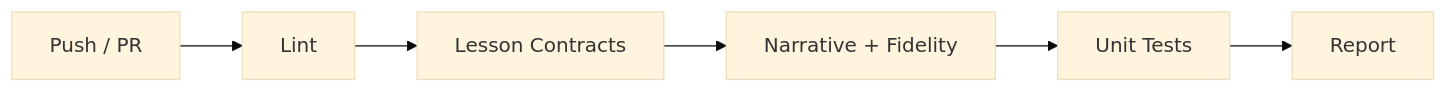
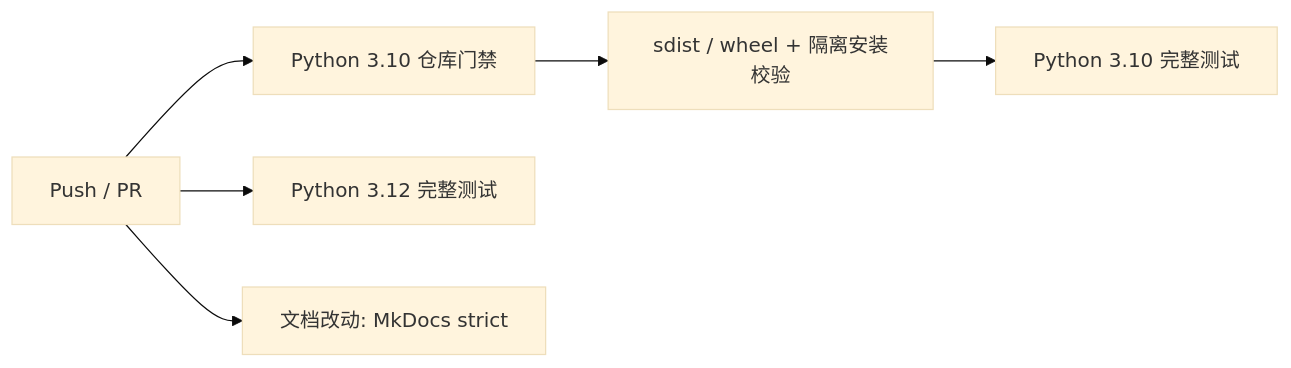
The diagram in docs/developer/testing.md (skygazer42/DL-Hub), drawn with Mermaid (base theme) before and after one commit. The commit also changed other lines of this file and 353 other files, not shown here.

````diff
--- a/docs/developer/testing.md
+++ b/docs/developer/testing.md
@@ -126,8 +148,8 @@
 ```mermaid
 graph LR
-    A[Push / PR] --> B[Lint]
-    B --> C[Lesson Contracts]
-    C --> D[Narrative + Fidelity]
-    D --> E[Unit Tests]
-    E --> F[Report]
+    A[Push / PR] --> B[Python 3.10 仓库门禁]
+    B --> C[sdist / wheel + 隔离安装校验]
+    C --> D[Python 3.10 完整测试]
+    A --> E[Python 3.12 完整测试]
+    A --> F[文档改动: MkDocs strict]
 ```
````
